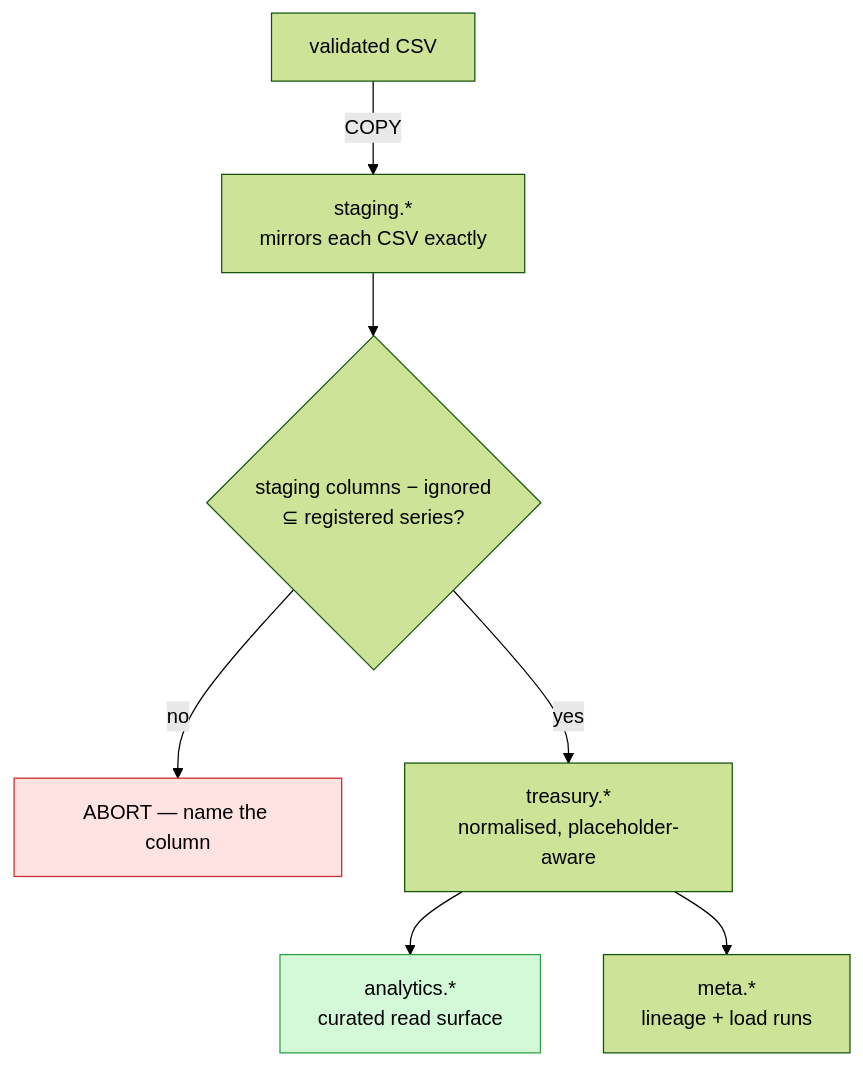
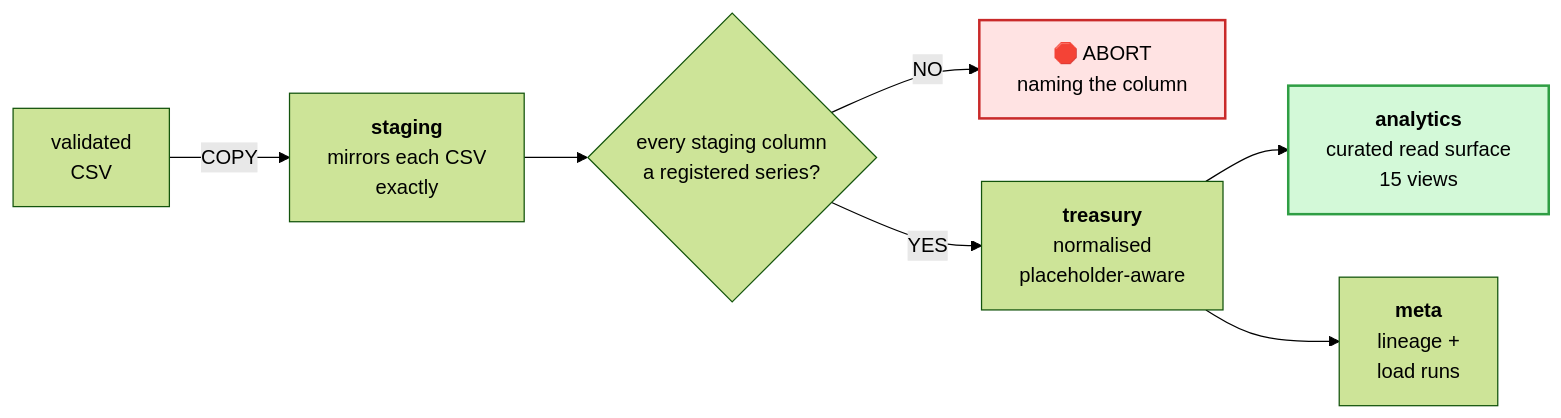
The fourth of 10 diagrams in README.md (KrishnaAnnavaram/semantic-mcp-data-access-gateway), drawn with Mermaid (forest theme) before and after one commit. The commit also changed other lines of this file, not shown here.

````diff
--- a/README.md
+++ b/README.md
@@ -307,11 +235,14 @@
 ```mermaid
-flowchart TD
-    CSV["validated CSV"] -->|COPY| STG["staging.*<br/>mirrors each CSV exactly"]
-    STG --> GUARD{"staging columns − ignored<br/>⊆ registered series?"}
-    GUARD -->|no| ABORT["ABORT — name the column"]
-    GUARD -->|yes| CORE["treasury.*<br/>normalised, placeholder-aware"]
-    CORE --> ANA["analytics.*<br/>curated read surface"]
-    CORE --> META["meta.*<br/>lineage + load runs"]
-    style ABORT fill:#ffe3e3,stroke:#c92a2a,color:#000
-    style ANA fill:#d3f9d8,stroke:#2f9e44,color:#000
+flowchart LR
+    CSV["validated<br/>CSV"] -->|COPY| STG["<b>staging</b><br/>mirrors each CSV<br/>exactly"]
+    STG --> G{"every staging column<br/>a registered series?"}
+    G -->|"NO"| STOP["🛑 ABORT<br/>naming the column"]
+    G -->|"YES"| CORE["<b>treasury</b><br/>normalised<br/>placeholder-aware"]
+    CORE --> ANA["<b>analytics</b><br/>curated read surface<br/>15 views"]
+    CORE --> META["<b>meta</b><br/>lineage +<br/>load runs"]
+
+    classDef bad fill:#ffe3e3,stroke:#c92a2a,stroke-width:2px,color:#000
+    classDef good fill:#d3f9d8,stroke:#2f9e44,stroke-width:2px,color:#000
+    class STOP bad
+    class ANA good
 ```
````
